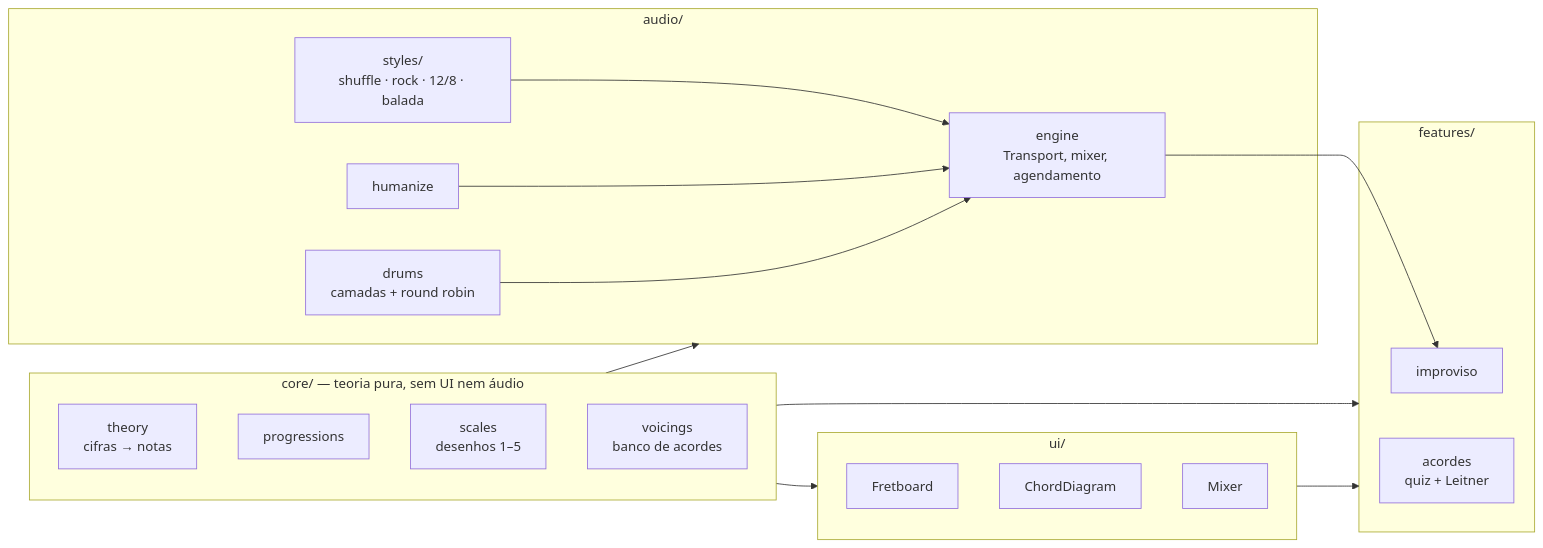
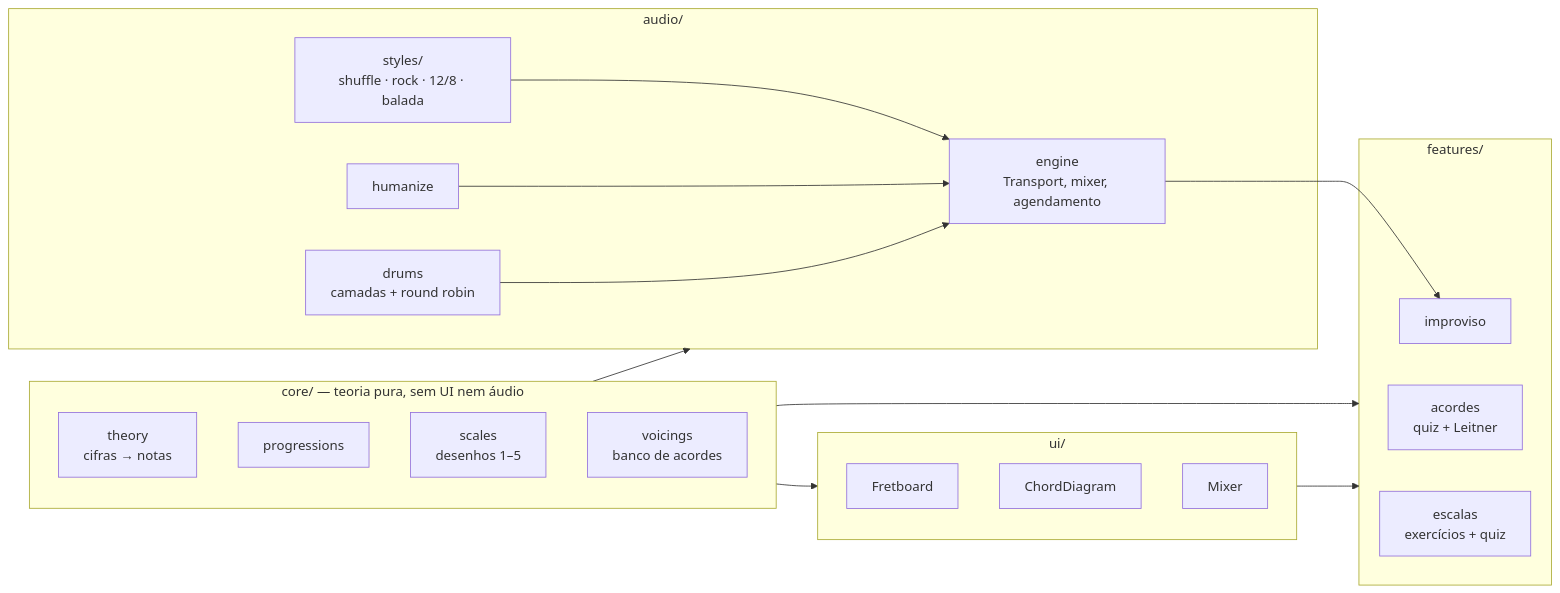
The diagram in README.md (depaula12/treinador-improviso), drawn with Mermaid before and after one commit. The commit also changed other lines of this file and 16 other files, not shown here.

First line of the commit message:
Escalas: exercícios no metrônomo, quiz 'onde está a nota' e treinos salvos (fecha a Fase 1a)

````diff
--- a/README.md
+++ b/README.md
@@ -90,32 +102,33 @@
 ```mermaid
 flowchart LR
   subgraph core["core/ — teoria pura, sem UI nem áudio"]
     theory["theory<br/>cifras → notas"]
     prog["progressions"]
     scales["scales<br/>desenhos 1–5"]
     voicings["voicings<br/>banco de acordes"]
   end
   subgraph audio["audio/"]
     engine["engine<br/>Transport, mixer, agendamento"]
     styles["styles/<br/>shuffle · rock · 12/8 · balada"]
     human["humanize"]
     drums["drums<br/>camadas + round robin"]
   end
   subgraph features["features/"]
     imp["improviso"]
     ac["acordes<br/>quiz + Leitner"]
+    es["escalas<br/>exercícios + quiz"]
   end
   subgraph ui["ui/"]
     fb["Fretboard"]
     cd["ChordDiagram"]
     mix["Mixer"]
   end
   core --> audio
   core --> features
   core --> ui
   styles --> engine
   human --> engine
   drums --> engine
   engine --> imp
   ui --> features
 ```
````
